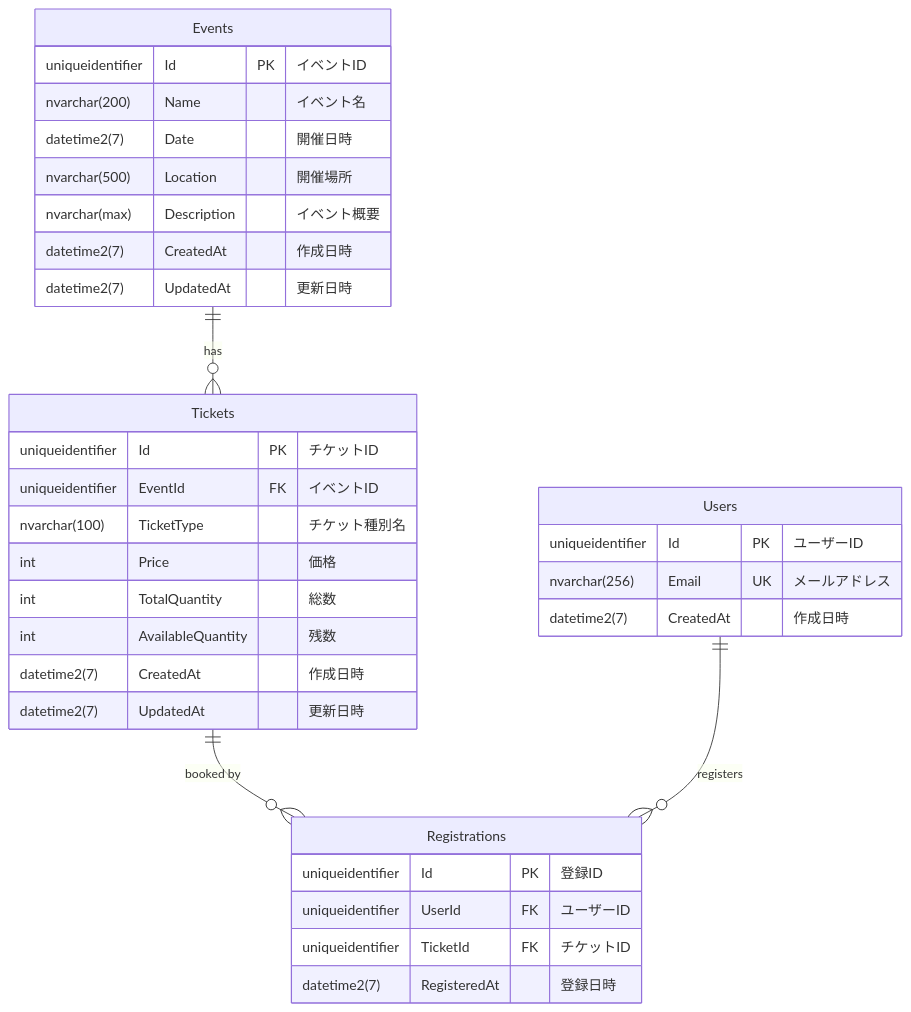
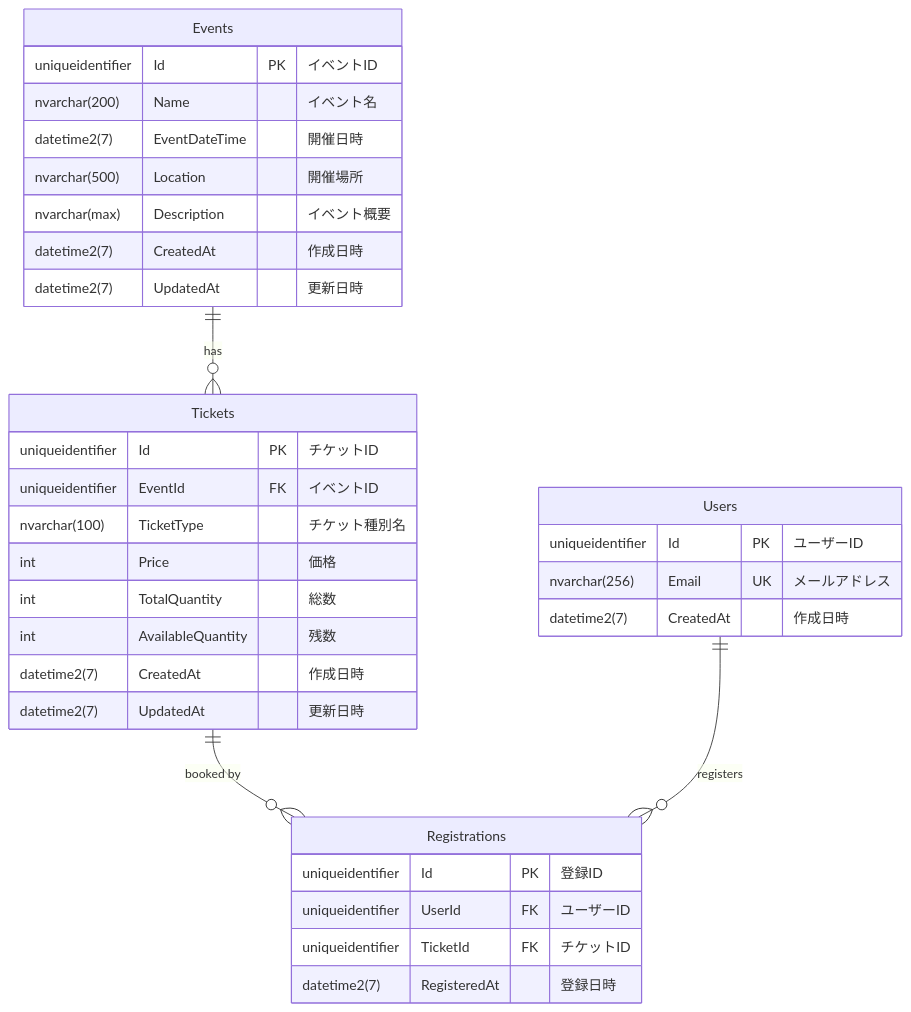
The diagram in docs/er-diagram.md (kazakht/event-registration-system), drawn with Mermaid before and after one commit. The commit also changed other lines of this file and 1 other file, not shown here.

Commit message:
Rename Events.Date column to EventDateTime for clarity

````diff
--- a/docs/er-diagram.md
+++ b/docs/er-diagram.md
@@ -5,40 +5,40 @@
 ```mermaid
 erDiagram
     Events ||--o{ Tickets : "has"
     Tickets ||--o{ Registrations : "booked by"
     Users ||--o{ Registrations : "registers"
 
     Events {
         uniqueidentifier Id PK "イベントID"
         nvarchar(200) Name "イベント名"
-        datetime2(7) Date "開催日時"
+        datetime2(7) EventDateTime "開催日時"
         nvarchar(500) Location "開催場所"
         nvarchar(max) Description "イベント概要"
         datetime2(7) CreatedAt "作成日時"
         datetime2(7) UpdatedAt "更新日時"
     }
 
     Tickets {
         uniqueidentifier Id PK "チケットID"
         uniqueidentifier EventId FK "イベントID"
         nvarchar(100) TicketType "チケット種別名"
         int Price "価格"
         int TotalQuantity "総数"
         int AvailableQuantity "残数"
         datetime2(7) CreatedAt "作成日時"
         datetime2(7) UpdatedAt "更新日時"
     }
 
     Users {
         uniqueidentifier Id PK "ユーザーID"
         nvarchar(256) Email UK "メールアドレス"
         datetime2(7) CreatedAt "作成日時"
     }
 
     Registrations {
         uniqueidentifier Id PK "登録ID"
         uniqueidentifier UserId FK "ユーザーID"
         uniqueidentifier TicketId FK "チケットID"
         datetime2(7) RegisteredAt "登録日時"
     }
 ```
````
